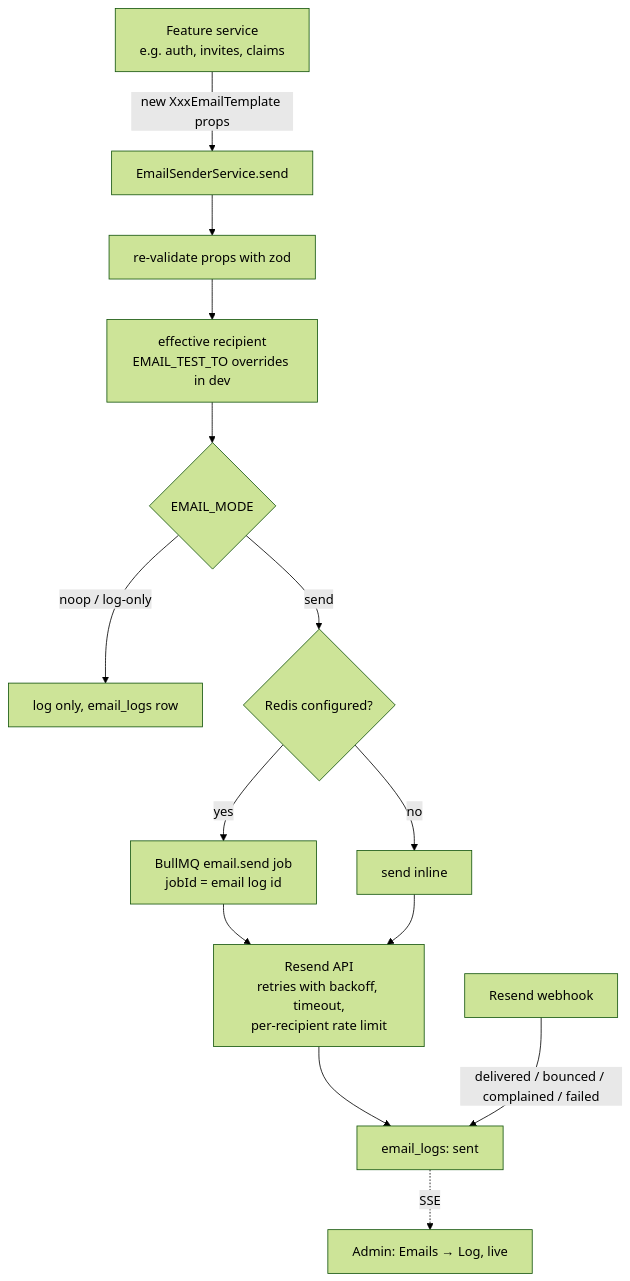
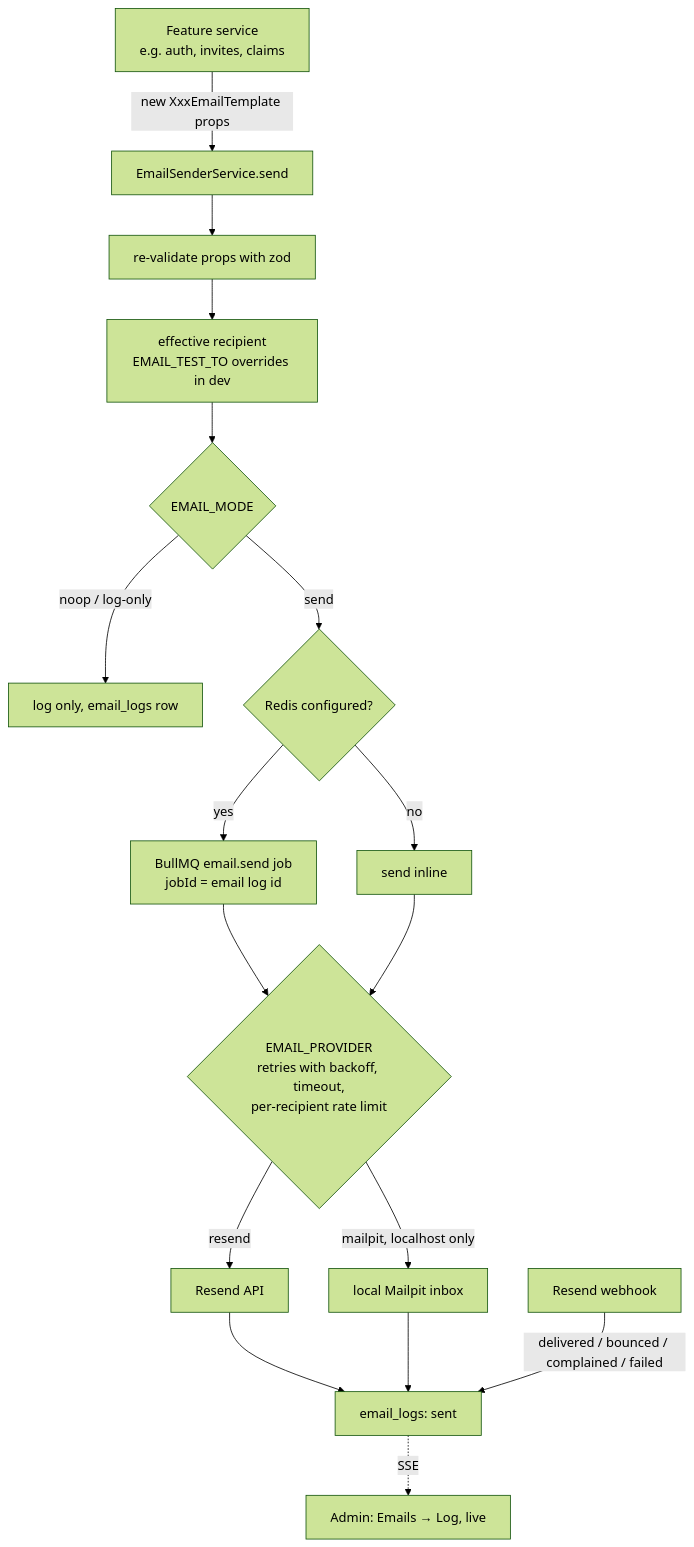
One commit to patelzz007/nestjs-nextjs-turborepo-starter-kit changed the diagram in docs/technical/email/templates.md. Above: the diagram before and after it, drawn with Mermaid (forest theme). The commit also changed other lines of this file and 41 other files, not shown here.

Commit message:
chore(email): Local emails to go to a native Mailpit inbox while deployed environments keep using Resend.

````diff
--- a/docs/technical/email/templates.md
+++ b/docs/technical/email/templates.md
@@ -17,15 +18,17 @@
 ```mermaid
 flowchart TD
     A[Feature service<br/>e.g. auth, invites, claims] -->|new XxxEmailTemplate props| B[EmailSenderService.send]
     B --> C[re-validate props with zod]
     C --> D[effective recipient<br/>EMAIL_TEST_TO overrides in dev]
     D --> E{EMAIL_MODE}
     E -- noop / log-only --> F[log only, email_logs row]
     E -- send --> G{Redis configured?}
     G -- yes --> H[BullMQ email.send job<br/>jobId = email log id]
     G -- no --> I[send inline]
-    H & I --> J[Resend API<br/>retries with backoff, timeout,<br/>per-recipient rate limit]
-    J --> K[email_logs: sent]
+    H & I --> J{EMAIL_PROVIDER<br/>retries with backoff, timeout,<br/>per-recipient rate limit}
+    J -- resend --> R[Resend API]
+    J -- mailpit, localhost only --> P[local Mailpit inbox]
+    R & P --> K[email_logs: sent]
     L[Resend webhook] -->|delivered / bounced / complained / failed| K
     K -.SSE.-> M[Admin: Emails → Log, live]
 ```
````
